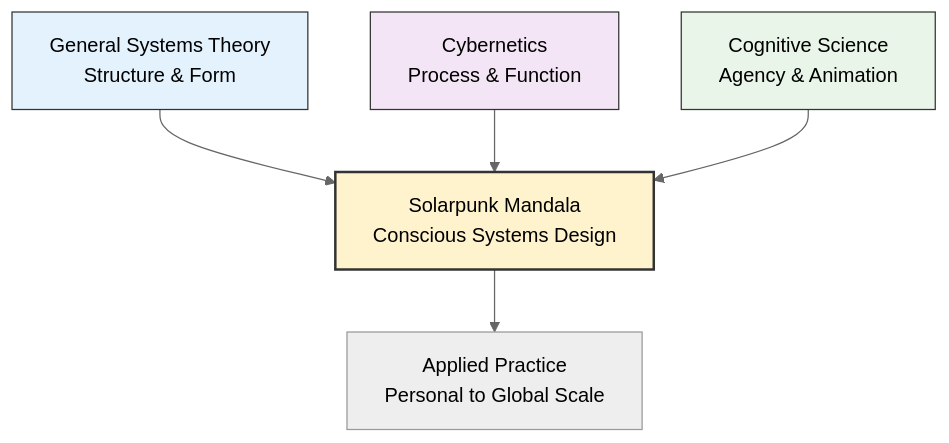
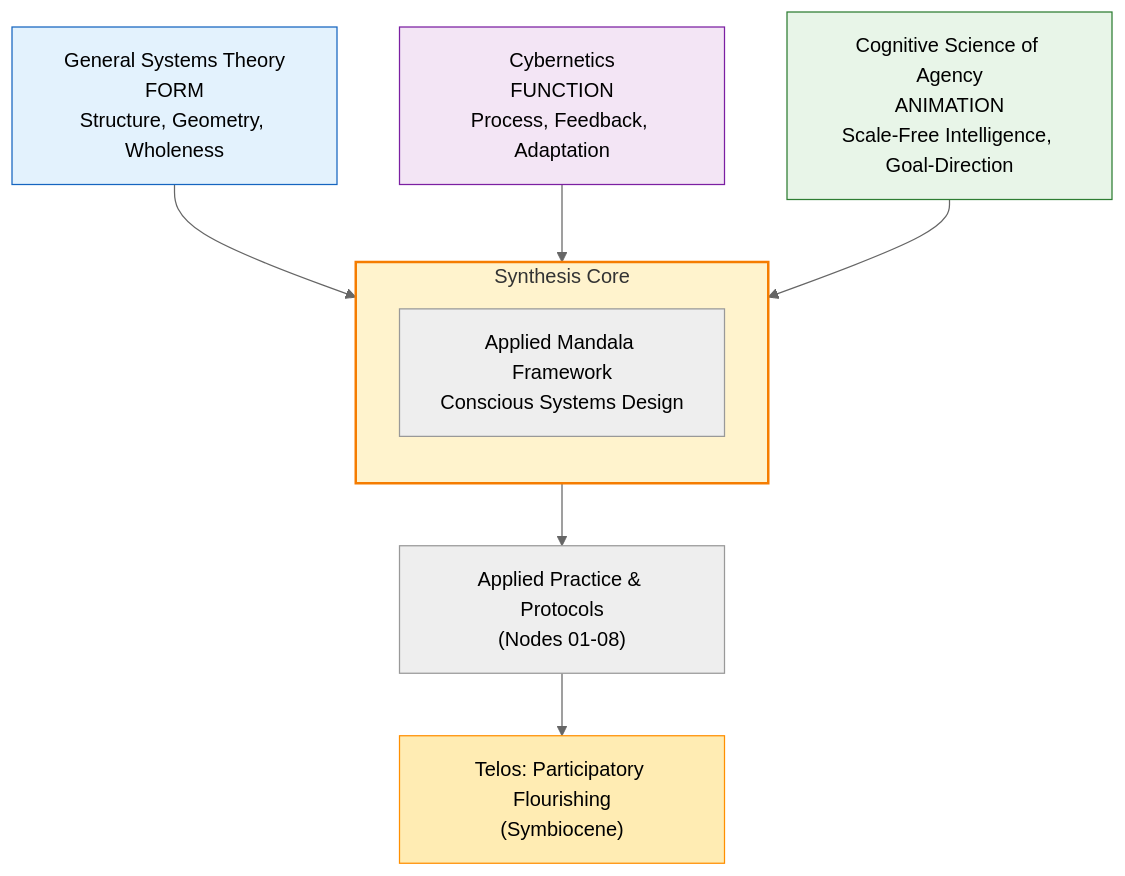
One commit to ravaioli/solarpunk-mandala changed the third of 4 diagrams in framework/core-model/00-meta-framework-systems-cybernetics.md. Above: the diagram before and after it, drawn with Mermaid (neutral theme). The commit also changed other lines of this file, not shown here.

First line of the commit message:
Revise metadata and core concepts for clarity

````diff
--- a/framework/core-model/00-meta-framework-systems-cybernetics.md
+++ b/framework/core-model/00-meta-framework-systems-cybernetics.md
@@ -138,13 +146,24 @@
 ```mermaid
 flowchart TD
-    GST[General Systems Theory<br/>Structure & Form] --> Mandala[Solarpunk Mandala<br/>Conscious Systems Design]
-    Cyber[Cybernetics<br/>Process & Function] --> Mandala
-    Cog[Cognitive Science<br/>Agency & Animation] --> Mandala
-    
-    Mandala --> Practice[Applied Practice<br/>Personal to Global Scale]
-    
-    style GST fill:#e3f2fd,stroke:#333
-    style Cyber fill:#f3e5f5,stroke:#333
-    style Cog fill:#e8f5e8,stroke:#333
-    style Mandala fill:#fff3cd,stroke:#333,stroke-width:2px
+    GST["General Systems Theory<br/>FORM<br/>Structure, Geometry, Wholeness"]
+    Cyber["Cybernetics<br/>FUNCTION<br/>Process, Feedback, Adaptation"]
+    Cog["Cognitive Science of Agency<br/>ANIMATION<br/>Scale-Free Intelligence, Goal-Direction"]
+
+    GST --> S
+    Cyber --> S
+    Cog --> S
+
+    subgraph S["Synthesis Core"]
+        direction TB
+        MF["Applied Mandala Framework<br/>Conscious Systems Design"]
+    end
+
+    S --> Practice["Applied Practice & Protocols<br/>(Nodes 01-08)"]
+    Practice --> Telos["Telos: Participatory Flourishing<br/>(Symbiocene)"]
+
+    style GST fill:#e3f2fd,stroke:#1565c0
+    style Cyber fill:#f3e5f5,stroke:#7b1fa2
+    style Cog fill:#e8f5e8,stroke:#2e7d32
+    style S fill:#fff3cd,stroke:#f57c00,stroke-width:2px
+    style Telos fill:#ffecb3,stroke:#ff8f00
 ```
````
